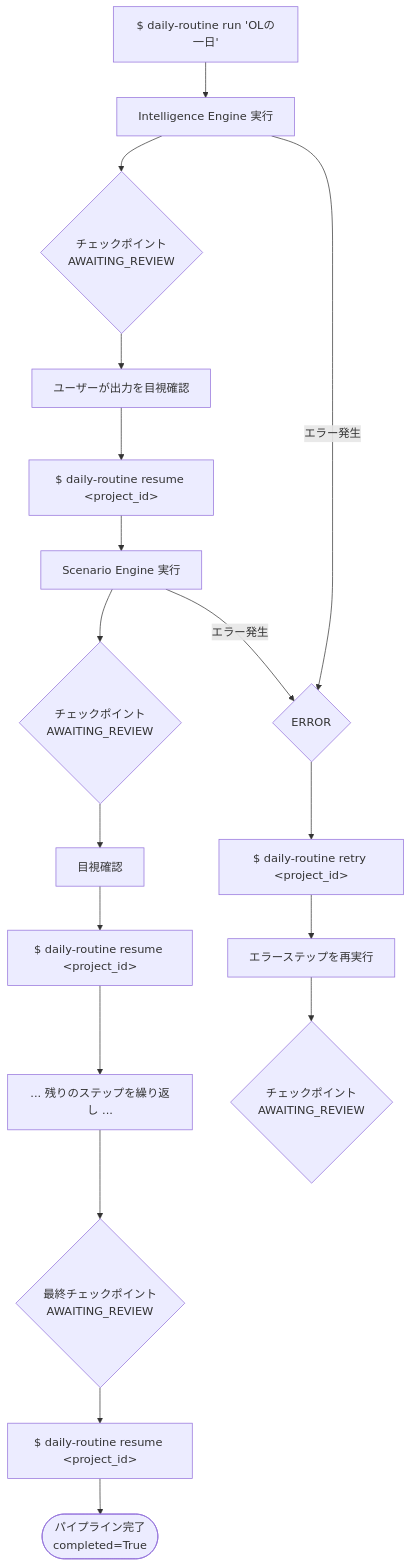
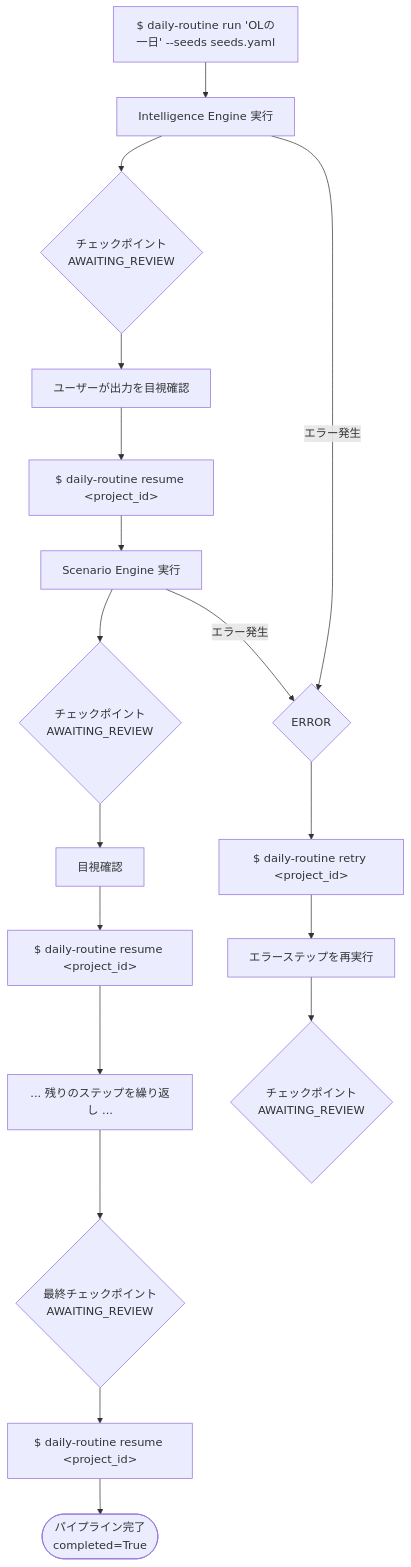
Before and after one commit to yamaguchi-milkcocholate/weekly_dev: the diagram in daily_routine/docs/designs/cli_pipeline_design.md, drawn with Mermaid. The commit also changed other lines of this file and 75 other files, not shown here.

````diff
--- a/daily_routine/docs/designs/cli_pipeline_design.md
+++ b/daily_routine/docs/designs/cli_pipeline_design.md
@@ -30,21 +30,21 @@
 ```mermaid
 flowchart TD
-    A["$ daily-routine run 'OLの一日'"] --> B[Intelligence Engine 実行]
+    A["$ daily-routine run 'OLの一日' --seeds seeds.yaml"] --> B[Intelligence Engine 実行]
     B --> CP1{チェックポイント\nAWAITING_REVIEW}
     CP1 --> R1[ユーザーが出力を目視確認]
     R1 --> D1["$ daily-routine resume &lt;project_id&gt;"]
     D1 --> E[Scenario Engine 実行]
     E --> CP2{チェックポイント\nAWAITING_REVIEW}
     CP2 --> R2[目視確認]
     R2 --> D2["$ daily-routine resume &lt;project_id&gt;"]
     D2 --> F["... 残りのステップを繰り返し ..."]
     F --> CP_LAST{最終チェックポイント\nAWAITING_REVIEW}
     CP_LAST --> D_LAST["$ daily-routine resume &lt;project_id&gt;"]
     D_LAST --> G([パイプライン完了\ncompleted=True])
 
     B -- エラー発生 --> ERR{ERROR}
     E -- エラー発生 --> ERR
     ERR --> RETRY["$ daily-routine retry &lt;project_id&gt;"]
     RETRY --> RE[エラーステップを再実行]
     RE --> CP_RETRY{チェックポイント\nAWAITING_REVIEW}
 ```
````
